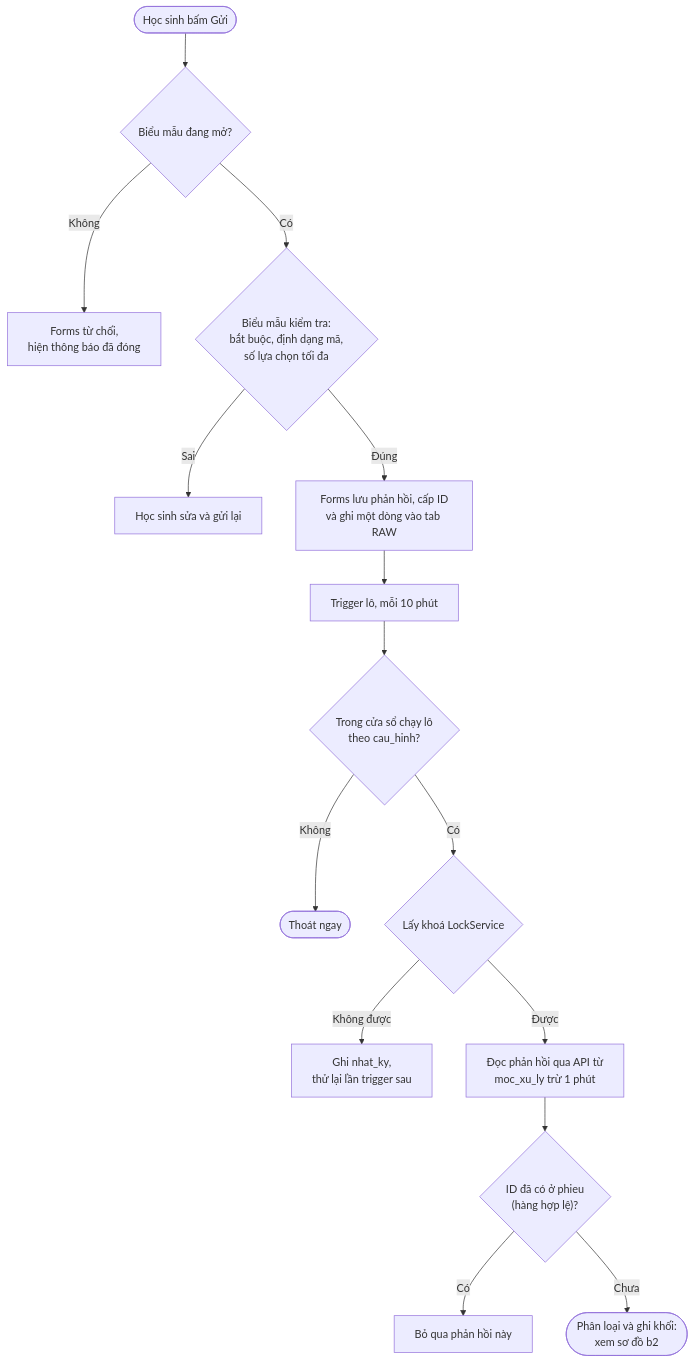
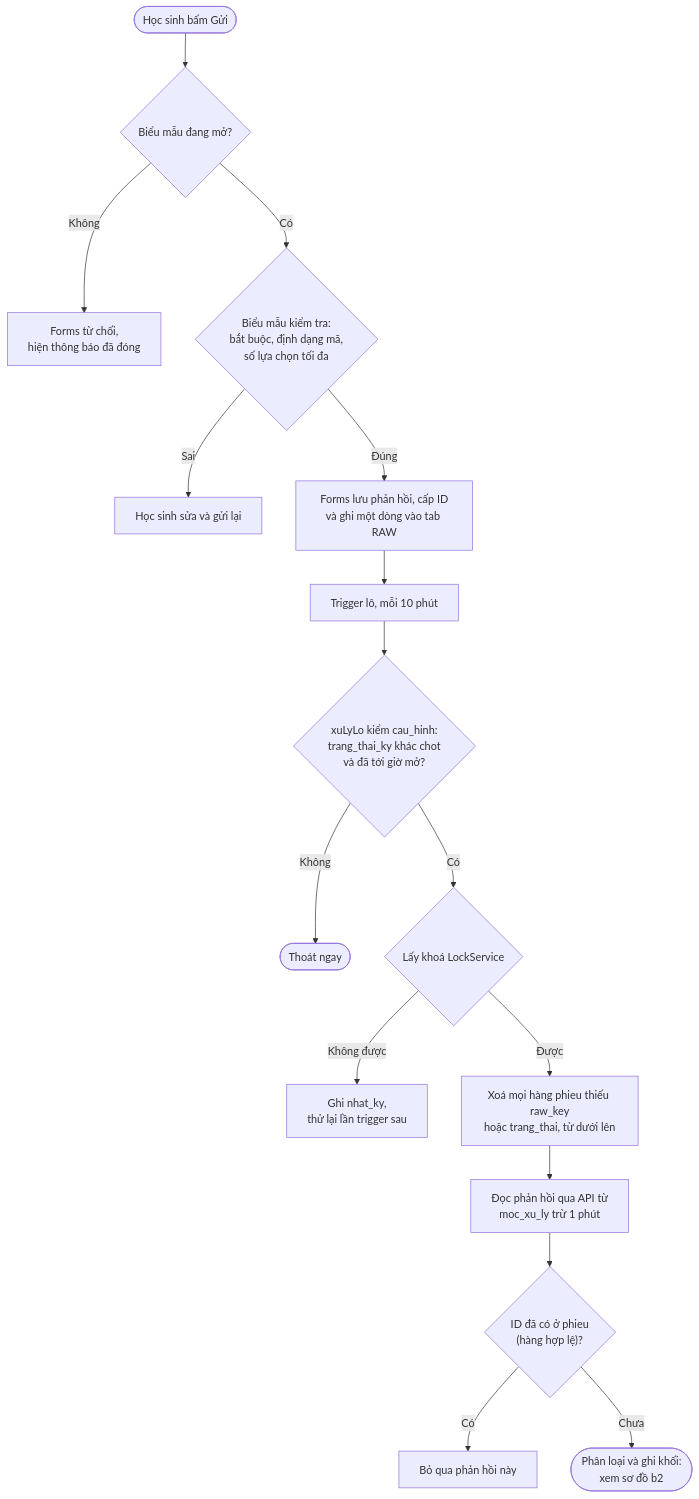
Before and after one commit to nguyenphanvantruong6969-arch/TESTING-DEV: the diagram in docs/he_sinh_thai/anh/b1_nop_phieu.mmd, drawn with Mermaid. The commit also changed 10 other files, not shown here.

```diff
--- a/docs/he_sinh_thai/anh/b1_nop_phieu.mmd
+++ b/docs/he_sinh_thai/anh/b1_nop_phieu.mmd
@@ -1,15 +1,16 @@
 flowchart TD
   S(["Học sinh bấm Gửi"]) --> O{"Biểu mẫu đang mở?"}
   O -->|"Không"| C1["Forms từ chối,<br/>hiện thông báo đã đóng"]
   O -->|"Có"| V1{"Biểu mẫu kiểm tra:<br/>bắt buộc, định dạng mã,<br/>số lựa chọn tối đa"}
   V1 -->|"Sai"| E1["Học sinh sửa và gửi lại"]
   V1 -->|"Đúng"| W["Forms lưu phản hồi, cấp ID<br/>và ghi một dòng vào tab RAW"]
   W --> T["Trigger lô, mỗi 10 phút"]
-  T --> G{"Trong cửa sổ chạy lô<br/>theo cau_hinh?"}
+  T --> G{"xuLyLo kiểm cau_hinh:<br/>trang_thai_ky khác chot<br/>và đã tới giờ mở?"}
   G -->|"Không"| X1(["Thoát ngay"])
   G -->|"Có"| L{"Lấy khoá LockService"}
   L -->|"Không được"| R1["Ghi nhat_ky,<br/>thử lại lần trigger sau"]
-  L -->|"Được"| RD["Đọc phản hồi qua API từ<br/>moc_xu_ly trừ 1 phút"]
+  L -->|"Được"| CL["Xoá mọi hàng phieu thiếu raw_key<br/>hoặc trang_thai, từ dưới lên"]
+  CL --> RD["Đọc phản hồi qua API từ<br/>moc_xu_ly trừ 1 phút"]
   RD --> EX{"ID đã có ở phieu<br/>(hàng hợp lệ)?"}
   EX -->|"Có"| SK["Bỏ qua phản hồi này"]
   EX -->|"Chưa"| NEXT(["Phân loại và ghi khối:<br/>xem sơ đồ b2"])
```
